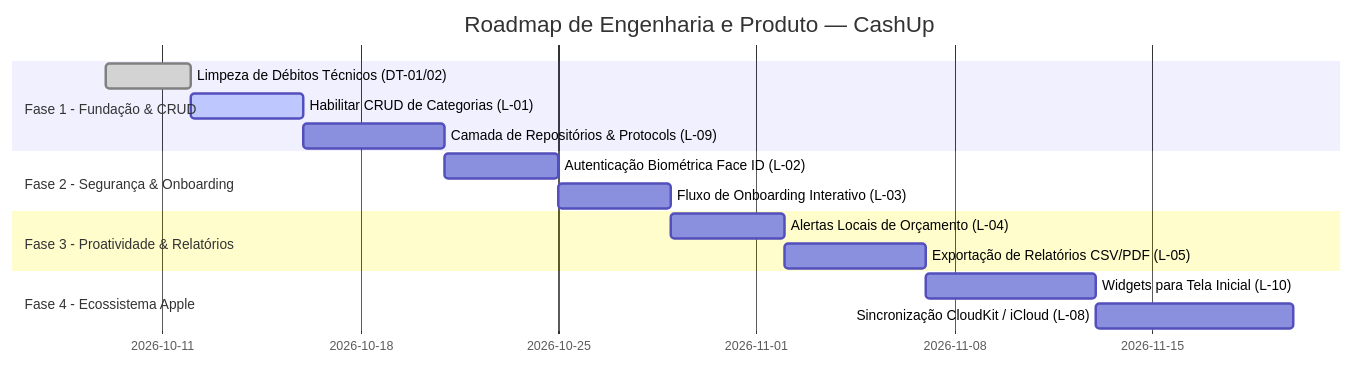
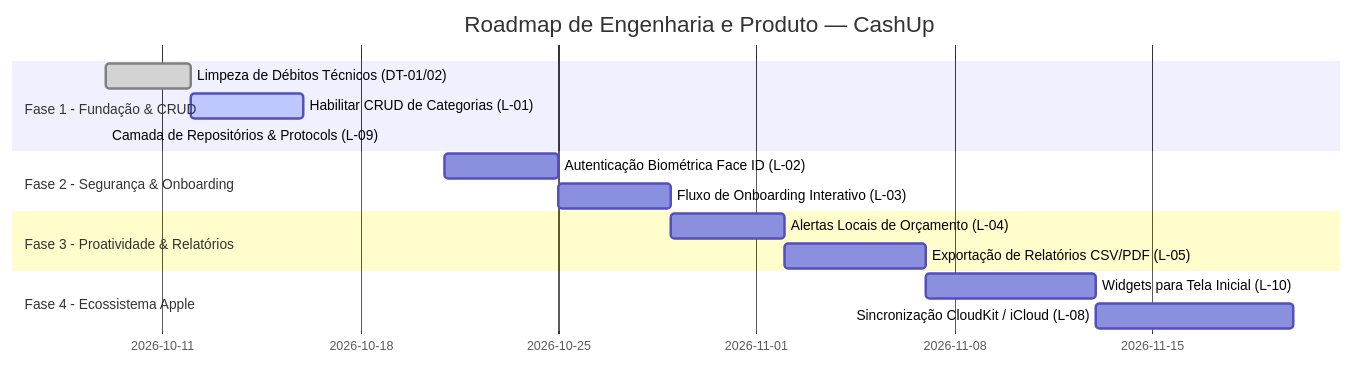
One commit to gustavosouto02/CashUp-App00 changed the diagram in docs/rules/gap_analysis_and_roadmap.md. Above: the diagram before and after it, drawn with Mermaid. The commit also changed 27 other files, not shown here.

````diff
--- a/docs/rules/gap_analysis_and_roadmap.md
+++ b/docs/rules/gap_analysis_and_roadmap.md
@@ -99,18 +99,18 @@
 ```mermaid
 gantt
     title Roadmap de Engenharia e Produto — CashUp
     dateFormat  YYYY-MM-DD
     section Fase 1 - Fundação & CRUD
     Limpeza de Débitos Técnicos (DT-01/02) :done, p1, 2026-10-09, 3d
     Habilitar CRUD de Categorias (L-01)    :active, p2, 2026-10-12, 4d
-    Camada de Repositórios & Protocols (L-09): p3, 2026-10-16, 5d
+    Camada de Repositórios & Protocols (L-09): done, p3, 2026-10-09, 2026-10-09
     section Fase 2 - Segurança & Onboarding
     Autenticação Biométrica Face ID (L-02) : p4, 2026-10-21, 4d
     Fluxo de Onboarding Interativo (L-03)  : p5, 2026-10-25, 4d
     section Fase 3 - Proatividade & Relatórios
     Alertas Locais de Orçamento (L-04)     : p6, 2026-10-29, 4d
     Exportação de Relatórios CSV/PDF (L-05): p7, 2026-11-02, 5d
     section Fase 4 - Ecossistema Apple
     Widgets para Tela Inicial (L-10)       : p8, 2026-11-07, 6d
     Sincronização CloudKit / iCloud (L-08) : p9, 2026-11-13, 7d
 ```
````
